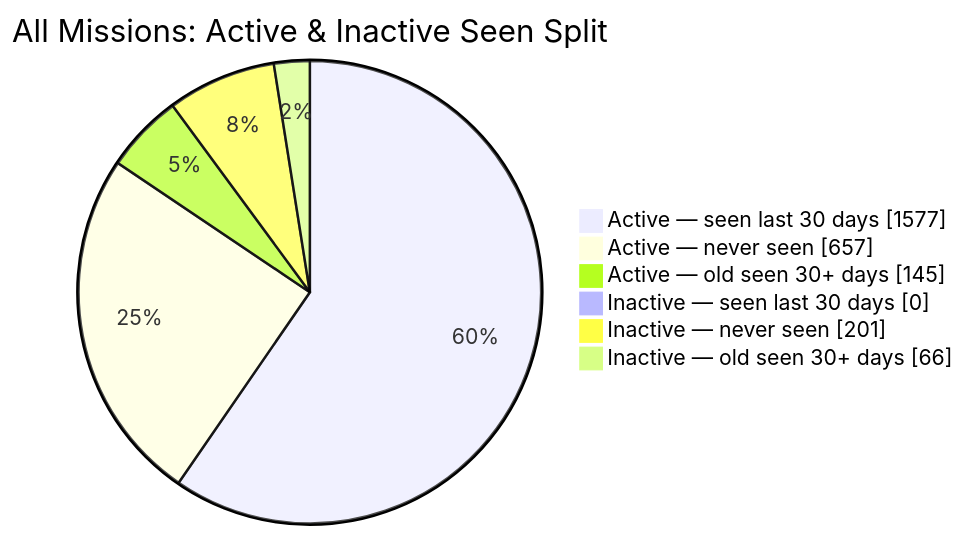
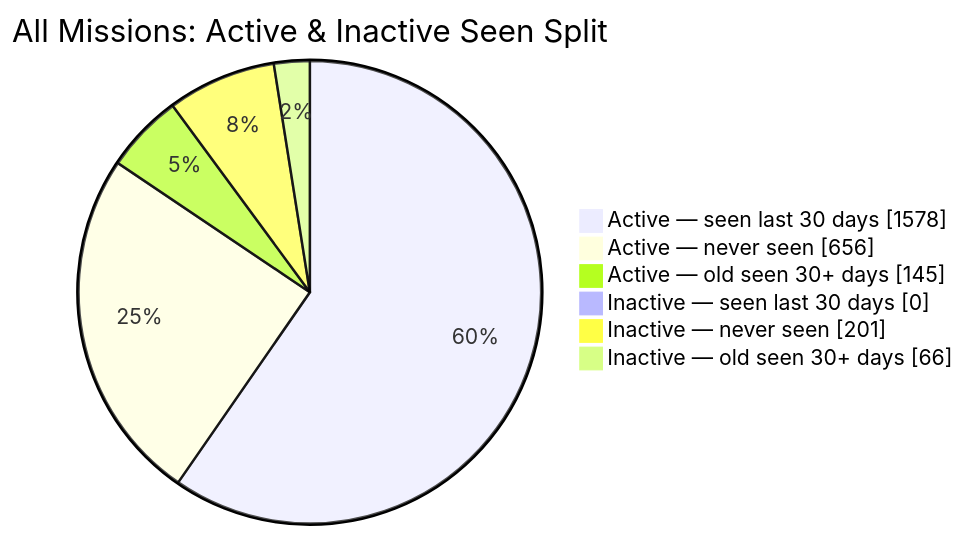
One commit to MeldkamerspelGameTeam/active-missions changed the second of 2 diagrams in README.md. Above: the diagram before and after it, drawn with Mermaid. The commit also changed other lines of this file and 2 other files, not shown here.

````diff
--- a/README.md
+++ b/README.md
@@ -44,10 +44,10 @@
 ```mermaid
 pie showData
     title All Missions: Active & Inactive Seen Split
-    "Active — seen last 30 days" : 1577
-    "Active — never seen" : 657
+    "Active — seen last 30 days" : 1578
+    "Active — never seen" : 656
     "Active — old seen 30+ days" : 145
     "Inactive — seen last 30 days" : 0
     "Inactive — never seen" : 201
     "Inactive — old seen 30+ days" : 66
 ```
````
